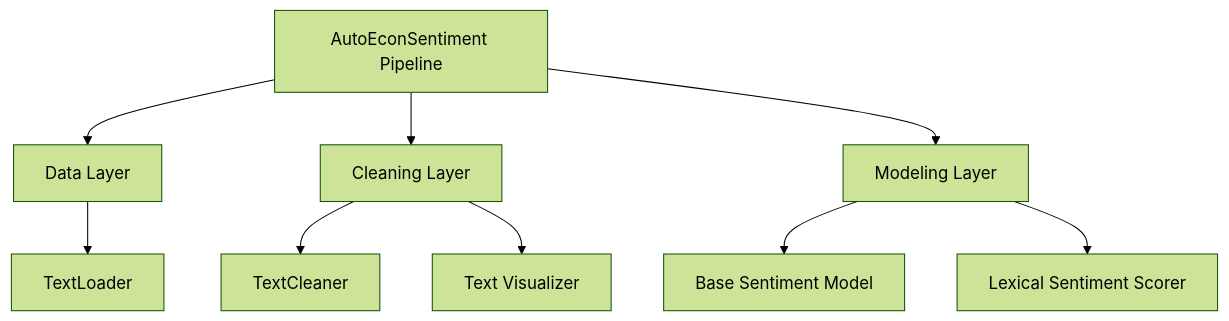
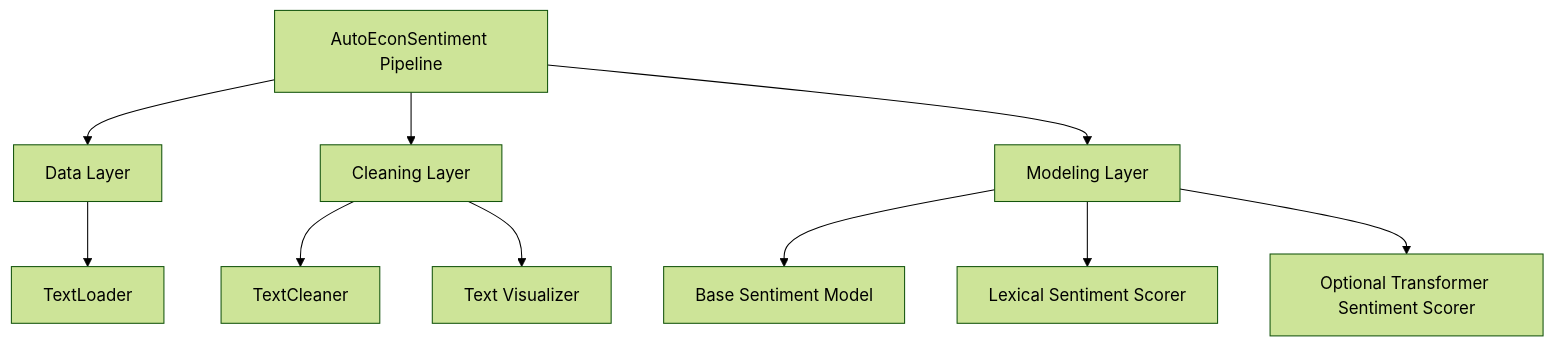
One commit to corybaird/auto-econ-sentiment changed the second of 2 diagrams in docs/architecture.md. Above: the diagram before and after it, drawn with Mermaid (forest theme). The commit also changed other lines of this file and 7 other files, not shown here.

````diff
--- a/docs/architecture.md
+++ b/docs/architecture.md
@@ -29,14 +33,15 @@
 ```mermaid
 graph TD
     Pipeline[AutoEconSentiment Pipeline] --> DataLayer[Data Layer]
     Pipeline --> CleanLayer[Cleaning Layer]
     Pipeline --> ModelLayer[Modeling Layer]
 
     DataLayer --> TextLoader
     
     CleanLayer --> TextCleaner
     CleanLayer --> TextViz[Text Visualizer]
 
     ModelLayer --> SentimentBase[Base Sentiment Model]
     ModelLayer --> SentimentLexical[Lexical Sentiment Scorer]
+    ModelLayer --> SentimentTransformers[Optional Transformer Sentiment Scorer]
 ```
````
